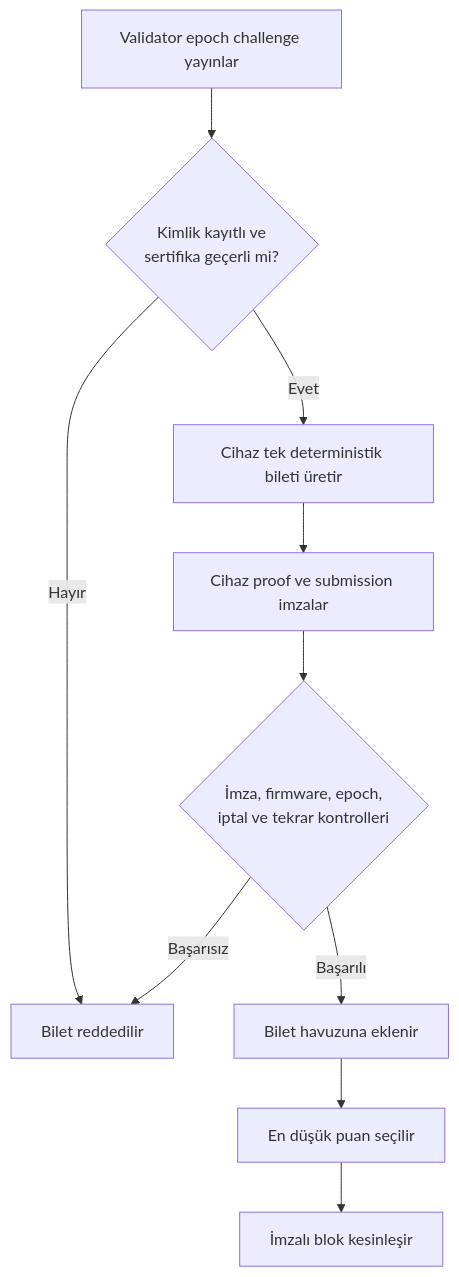
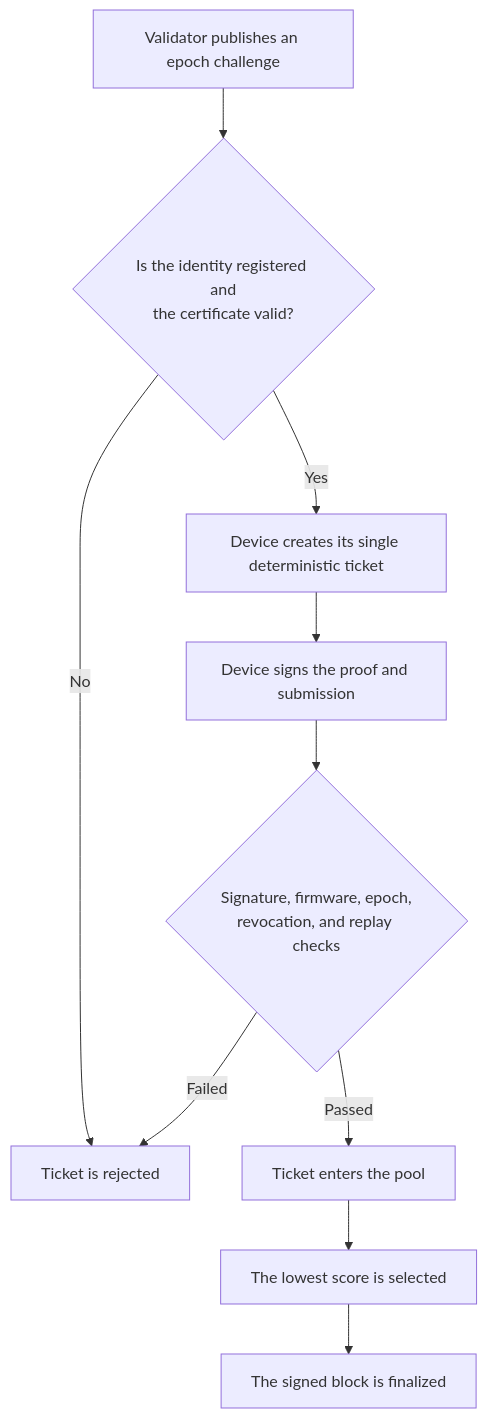
The sixth of 15 diagrams in README.md (UfkuAcik/Embedded_Proof-of-Device_Network), drawn with Mermaid before and after one commit. The commit also changed other lines of this file, not shown here.

````diff
--- a/README.md
+++ b/README.md
@@ -313,12 +315,12 @@
 ```mermaid
 flowchart TD
-    A["Validator epoch challenge yayınlar"] --> B{"Kimlik kayıtlı ve<br/>sertifika geçerli mi?"}
-    B -->|"Hayır"| X["Bilet reddedilir"]
-    B -->|"Evet"| C["Cihaz tek deterministik bileti üretir"]
-    C --> D["Cihaz proof ve submission imzalar"]
-    D --> E{"İmza, firmware, epoch,<br/>iptal ve tekrar kontrolleri"}
-    E -->|"Başarısız"| X
-    E -->|"Başarılı"| F["Bilet havuzuna eklenir"]
-    F --> G["En düşük puan seçilir"]
-    G --> H["İmzalı blok kesinleşir"]
+    A["Validator publishes an epoch challenge"] --> B{"Is the identity registered and<br/>the certificate valid?"}
+    B -->|"No"| X["Ticket is rejected"]
+    B -->|"Yes"| C["Device creates its single deterministic ticket"]
+    C --> D["Device signs the proof and submission"]
+    D --> E{"Signature, firmware, epoch,<br/>revocation, and replay checks"}
+    E -->|"Failed"| X
+    E -->|"Passed"| F["Ticket enters the pool"]
+    F --> G["The lowest score is selected"]
+    G --> H["The signed block is finalized"]
 ```
````
